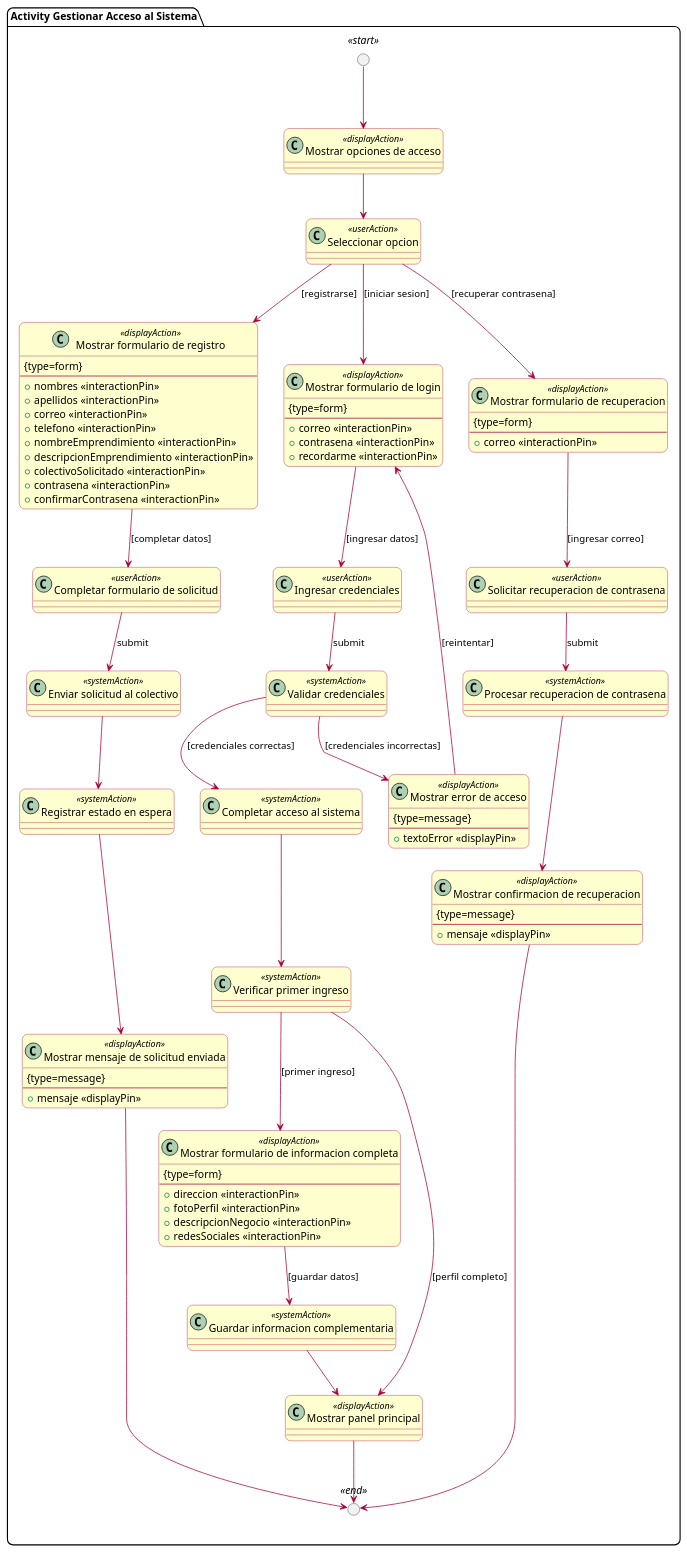
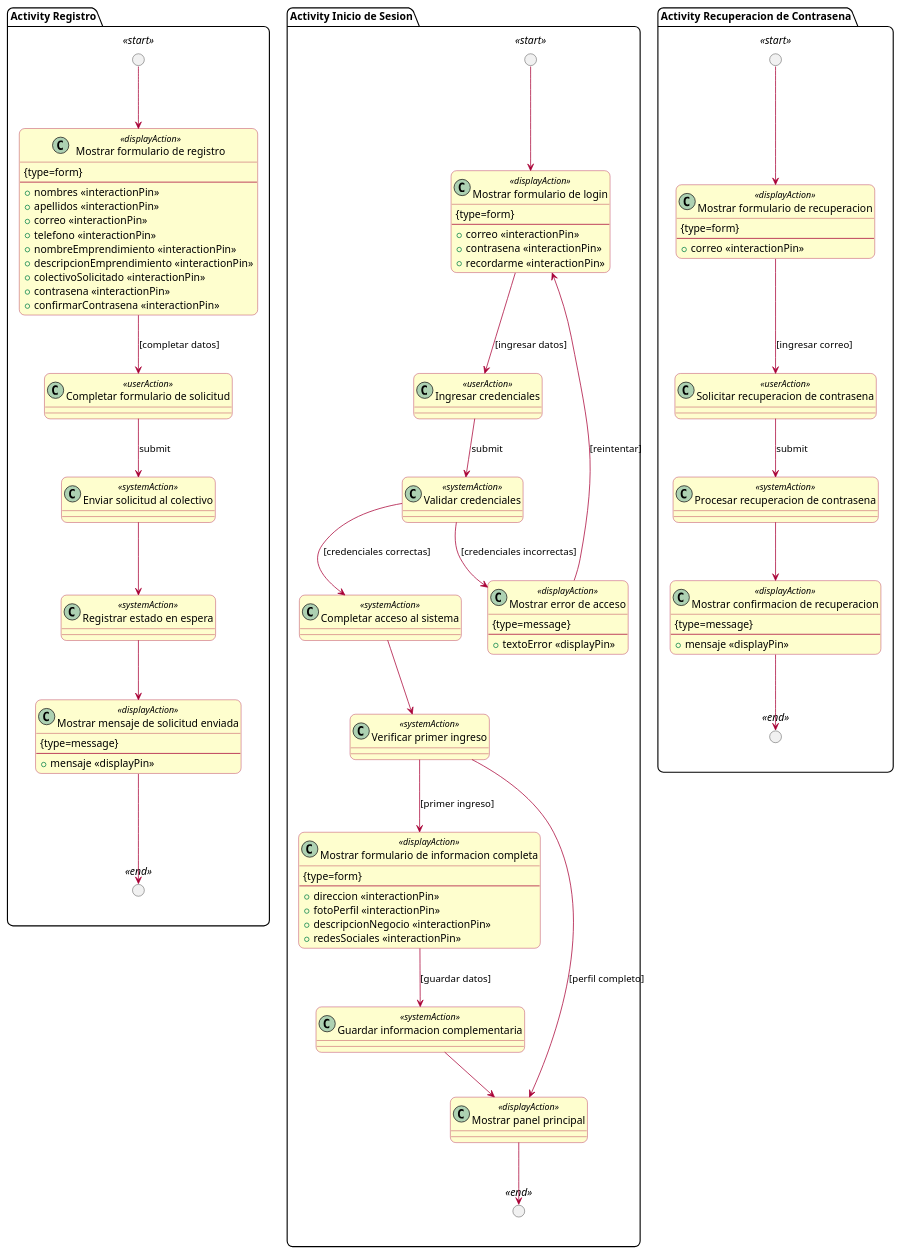
The diagram in emprendedor/actividades/acceso_sistema.puml (AtomicDevelopers/UWE-Tienda-Colectiva), drawn with PlantUML before and after one commit. The commit also changed 23 other files, not shown here.

Commit message:
feat: process diagram

```diff
--- a/emprendedor/actividades/acceso_sistema.puml
+++ b/emprendedor/actividades/acceso_sistema.puml
@@ -1,124 +1,127 @@
-@startuml actividad_gestionar_acceso
+@startuml actividad_registro
 allow_mixing
 
 skinparam shadow false
 skinparam roundCorner 15
 skinparam class {
   BackgroundColor #FEFECE
   BorderColor #A80036
   ArrowColor #A80036
 }
-skinparam usecase {
-  BackgroundColor #FEFECE
-  BorderColor #A80036
-  ArrowColor #A80036
-}
 
-package "Activity Gestionar Acceso al Sistema" {
+package "Activity Registro" {
 
   circle " " as A_Start <<start>>
   circle " " as A_End <<end>>
   skinparam circleBackgroundColor black
-
-  class "Mostrar opciones de acceso" as A_Options <<displayAction>>
-
-  class "Seleccionar opcion" as A_SelectOption <<userAction>>
 
   class "Mostrar formulario de registro" as A_RegisterForm <<displayAction>> {
     {type=form}
     --
     + nombres <<interactionPin>>
     + apellidos <<interactionPin>>
     + correo <<interactionPin>>
     + telefono <<interactionPin>>
     + nombreEmprendimiento <<interactionPin>>
     + descripcionEmprendimiento <<interactionPin>>
     + colectivoSolicitado <<interactionPin>>
     + contrasena <<interactionPin>>
     + confirmarContrasena <<interactionPin>>
   }
 
   class "Completar formulario de solicitud" as A_FillForm <<userAction>>
   class "Enviar solicitud al colectivo" as A_SendRequest <<systemAction>>
   class "Registrar estado en espera" as A_Pending <<systemAction>>
   class "Mostrar mensaje de solicitud enviada" as A_RequestMsg <<displayAction>> {
     {type=message}
     --
     + mensaje <<displayPin>>
   }
+
+  A_Start --> A_RegisterForm
+  A_RegisterForm --> A_FillForm : [completar datos]
+  A_FillForm --> A_SendRequest : submit
+  A_SendRequest --> A_Pending
+  A_Pending --> A_RequestMsg
+  A_RequestMsg --> A_End
+}
+
+
+package "Activity Inicio de Sesion" {
+
+  circle " " as A_Start <<start>>
+  circle " " as A_End <<end>>
+  skinparam circleBackgroundColor black
 
   class "Mostrar formulario de login" as A_LoginForm <<displayAction>> {
     {type=form}
     --
     + correo <<interactionPin>>
     + contrasena <<interactionPin>>
     + recordarme <<interactionPin>>
   }
 
   class "Ingresar credenciales" as A_InputCredentials <<userAction>>
   class "Validar credenciales" as A_ValidateCredentials <<systemAction>>
   class "Mostrar error de acceso" as A_LoginError <<displayAction>> {
     {type=message}
     --
     + textoError <<displayPin>>
   }
 
   class "Completar acceso al sistema" as A_CompleteAccess <<systemAction>>
   class "Verificar primer ingreso" as A_CheckFirstAccess <<systemAction>>
 
   class "Mostrar formulario de informacion completa" as A_FirstAccessForm <<displayAction>> {
     {type=form}
     --
     + direccion <<interactionPin>>
     + fotoPerfil <<interactionPin>>
     + descripcionNegocio <<interactionPin>>
     + redesSociales <<interactionPin>>
   }
 
   class "Guardar informacion complementaria" as A_SaveExtraInfo <<systemAction>>
   class "Mostrar panel principal" as A_Dashboard <<displayAction>>
 
+  A_Start --> A_LoginForm
+  A_LoginForm --> A_InputCredentials : [ingresar datos]
+  A_InputCredentials --> A_ValidateCredentials : submit
+  A_ValidateCredentials --> A_LoginError : [credenciales incorrectas]
+  A_LoginError --> A_LoginForm : [reintentar]
+  A_ValidateCredentials --> A_CompleteAccess : [credenciales correctas]
+  A_CompleteAccess --> A_CheckFirstAccess
+  A_CheckFirstAccess --> A_FirstAccessForm : [primer ingreso]
+  A_CheckFirstAccess --> A_Dashboard : [perfil completo]
+  A_FirstAccessForm --> A_SaveExtraInfo : [guardar datos]
+  A_SaveExtraInfo --> A_Dashboard
+  A_Dashboard --> A_End
+}
+
+package "Activity Recuperacion de Contrasena" {
+
+  circle " " as A_Start <<start>>
+  circle " " as A_End <<end>>
+  skinparam circleBackgroundColor black
+
   class "Mostrar formulario de recuperacion" as A_RecoveryForm <<displayAction>> {
     {type=form}
     --
     + correo <<interactionPin>>
   }
 
   class "Solicitar recuperacion de contrasena" as A_RequestRecovery <<userAction>>
   class "Procesar recuperacion de contrasena" as A_ProcessRecovery <<systemAction>>
   class "Mostrar confirmacion de recuperacion" as A_RecoveryMsg <<displayAction>> {
     {type=message}
     --
     + mensaje <<displayPin>>
   }
 
-  A_Start --> A_Options
-  A_Options --> A_SelectOption
-
-  A_SelectOption --> A_RegisterForm : [registrarse]
-  A_RegisterForm --> A_FillForm : [completar datos]
-  A_FillForm --> A_SendRequest : submit
-  A_SendRequest --> A_Pending
-  A_Pending --> A_RequestMsg
-  A_RequestMsg --> A_End
-
-  A_SelectOption --> A_LoginForm : [iniciar sesion]
-  A_LoginForm --> A_InputCredentials : [ingresar datos]
-  A_InputCredentials --> A_ValidateCredentials : submit
-  A_ValidateCredentials --> A_LoginError : [credenciales incorrectas]
-  A_LoginError --> A_LoginForm : [reintentar]
-  A_ValidateCredentials --> A_CompleteAccess : [credenciales correctas]
-  A_CompleteAccess --> A_CheckFirstAccess
-  A_CheckFirstAccess --> A_FirstAccessForm : [primer ingreso]
-  A_CheckFirstAccess --> A_Dashboard : [perfil completo]
-  A_FirstAccessForm --> A_SaveExtraInfo : [guardar datos]
-  A_SaveExtraInfo --> A_Dashboard
-  A_Dashboard --> A_End
-
-  A_SelectOption --> A_RecoveryForm : [recuperar contrasena]
+  A_Start --> A_RecoveryForm
   A_RecoveryForm --> A_RequestRecovery : [ingresar correo]
   A_RequestRecovery --> A_ProcessRecovery : submit
   A_ProcessRecovery --> A_RecoveryMsg
   A_RecoveryMsg --> A_End
 }
 @enduml
```
